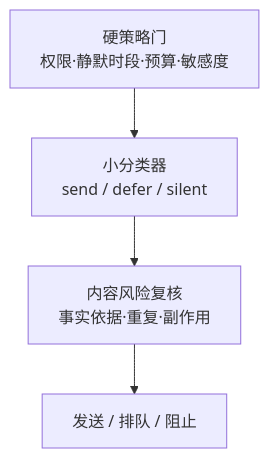
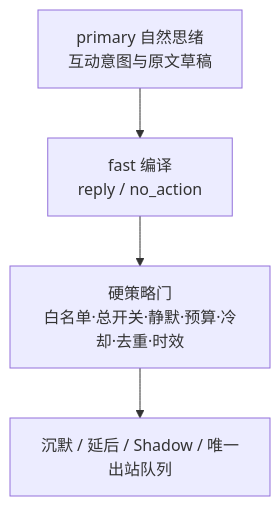
The fourth of 4 diagrams in docs/requirements-and-development.md (Caspian-Lin/Asuka-agent), drawn with Mermaid before and after one commit. The commit also changed other lines of this file and 26 other files, not shown here.

````diff
--- a/docs/requirements-and-development.md
+++ b/docs/requirements-and-development.md
@@ -593,6 +593,6 @@
 ```mermaid
 flowchart TD
-    G["硬策略门<br/>权限·静默时段·预算·敏感度"] --> C["小分类器<br/>send / defer / silent"]
-    C --> R["内容风险复核<br/>事实依据·重复·副作用"]
-    R --> O["发送 / 排队 / 阻止"]
+    P["primary 自然思绪<br/>互动意图与原文草稿"] --> F["fast 编译<br/>reply / no_action"]
+    F --> G["硬策略门<br/>白名单·总开关·静默·预算·冷却·去重·时效"]
+    G --> O["沉默 / 延后 / Shadow / 唯一出站队列"]
 ```
````
